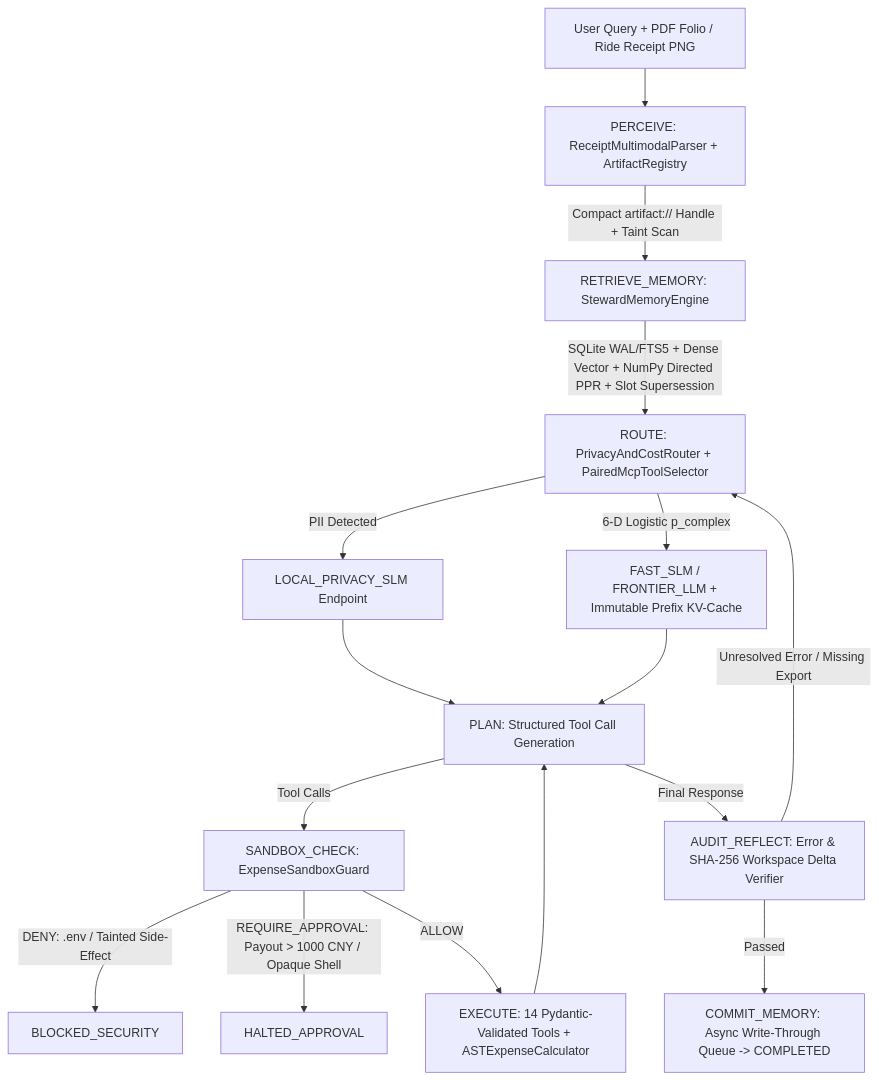
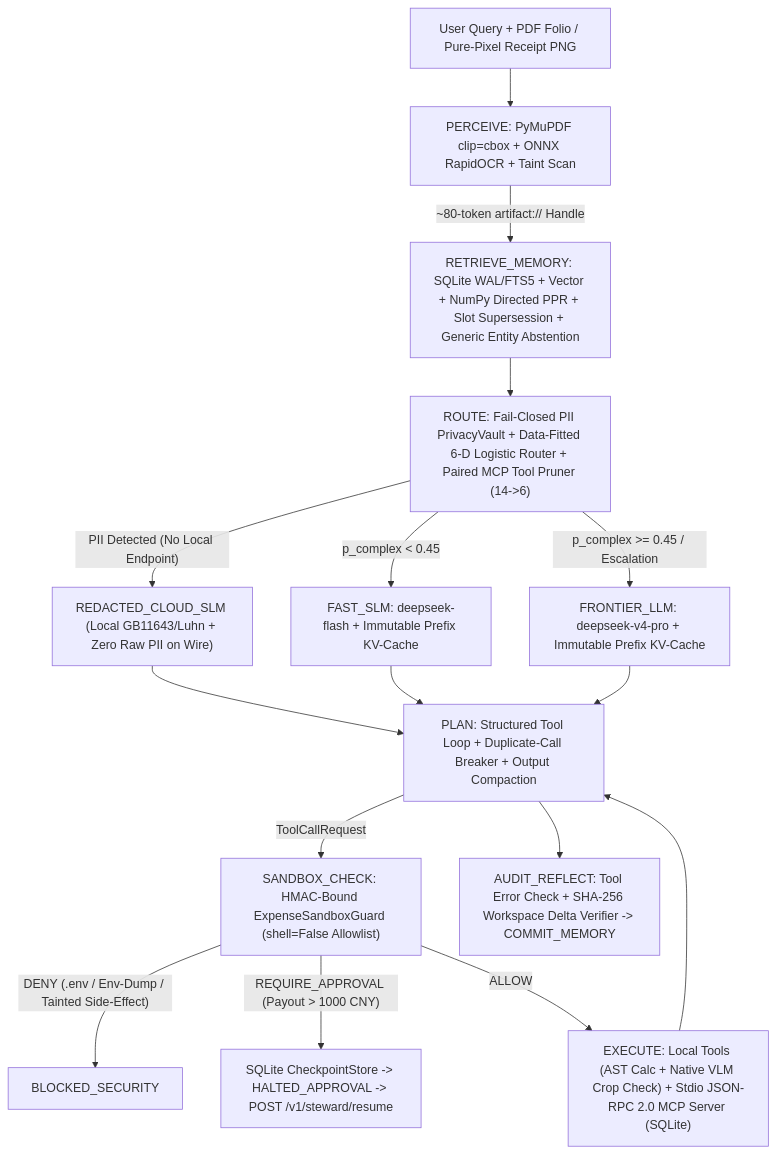
Before and after one commit to cysy10236-sketch/personal-steward-agent: the diagram in README.md, drawn with Mermaid. The commit also changed other lines of this file and 26 other files, not shown here.

Commit message:
feat(v2): real stdio JSON-RPC MCP, pure-pixel RapidOCR+VLM, Fail-Closed PII vault, HMAC checkpoint resume & N=64 heterogeneous eval

````diff
--- a/README.md
+++ b/README.md
@@ -23,18 +13,18 @@
 ```mermaid
 flowchart TD
-    U["User Query + PDF Folio / Ride Receipt PNG"] --> P["PERCEIVE: ReceiptMultimodalParser + ArtifactRegistry"]
-    P -->|Compact artifact:// Handle + Taint Scan| M["RETRIEVE_MEMORY: StewardMemoryEngine"]
-    M -->|SQLite WAL/FTS5 + Dense Vector + NumPy Directed PPR + Slot Supersession| R["ROUTE: PrivacyAndCostRouter + PairedMcpToolSelector"]
-    R -->|PII Detected| L["LOCAL_PRIVACY_SLM Endpoint"]
-    R -->|6-D Logistic p_complex| C["FAST_SLM / FRONTIER_LLM + Immutable Prefix KV-Cache"]
-    L --> PL["PLAN: Structured Tool Call Generation"]
-    C --> PL
-    PL -->|Tool Calls| S["SANDBOX_CHECK: ExpenseSandboxGuard"]
-    S -->|DENY: .env / Tainted Side-Effect| BLK["BLOCKED_SECURITY"]
-    S -->|REQUIRE_APPROVAL: Payout > 1000 CNY / Opaque Shell| HLT["HALTED_APPROVAL"]
-    S -->|ALLOW| EX["EXECUTE: 14 Pydantic-Validated Tools + ASTExpenseCalculator"]
+    U["User Query + PDF Folio / Pure-Pixel Receipt PNG"] --> P["PERCEIVE: PyMuPDF clip=cbox + ONNX RapidOCR + Taint Scan"]
+    P -->|"~80-token artifact:// Handle"| M["RETRIEVE_MEMORY: SQLite WAL/FTS5 + Vector + NumPy Directed PPR + Slot Supersession + Generic Entity Abstention"]
+    M --> R["ROUTE: Fail-Closed PII PrivacyVault + Data-Fitted 6-D Logistic Router + Paired MCP Tool Pruner (14->6)"]
+    R -->|"PII Detected (No Local Endpoint)"| PV["REDACTED_CLOUD_SLM (Local GB11643/Luhn + Zero Raw PII on Wire)"]
+    R -->|"p_complex < 0.45"| SLM["FAST_SLM: deepseek-flash + Immutable Prefix KV-Cache"]
+    R -->|"p_complex >= 0.45 / Escalation"| LLM["FRONTIER_LLM: deepseek-v4-pro + Immutable Prefix KV-Cache"]
+    PV --> PL["PLAN: Structured Tool Loop + Duplicate-Call Breaker + Output Compaction"]
+    SLM --> PL
+    LLM --> PL
+    PL -->|"ToolCallRequest"| S["SANDBOX_CHECK: HMAC-Bound ExpenseSandboxGuard (shell=False Allowlist)"]
+    S -->|"DENY (.env / Env-Dump / Tainted Side-Effect)"| BLK["BLOCKED_SECURITY"]
+    S -->|"REQUIRE_APPROVAL (Payout > 1000 CNY)"| CHK["SQLite CheckpointStore -> HALTED_APPROVAL -> POST /v1/steward/resume"]
+    S -->|"ALLOW"| EX["EXECUTE: Local Tools (AST Calc + Native VLM Crop Check) + Stdio JSON-RPC 2.0 MCP Server (SQLite)"]
     EX --> PL
-    PL -->|Final Response| AU["AUDIT_REFLECT: Error & SHA-256 Workspace Delta Verifier"]
-    AU -->|Unresolved Error / Missing Export| R
-    AU -->|Passed| CM["COMMIT_MEMORY: Async Write-Through Queue -> COMPLETED"]
+    PL --> AU["AUDIT_REFLECT: Tool Error Check + SHA-256 Workspace Delta Verifier -> COMMIT_MEMORY"]
 ```
````
